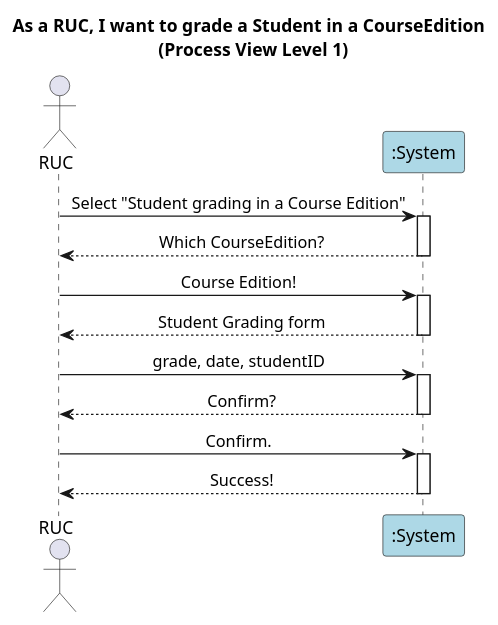
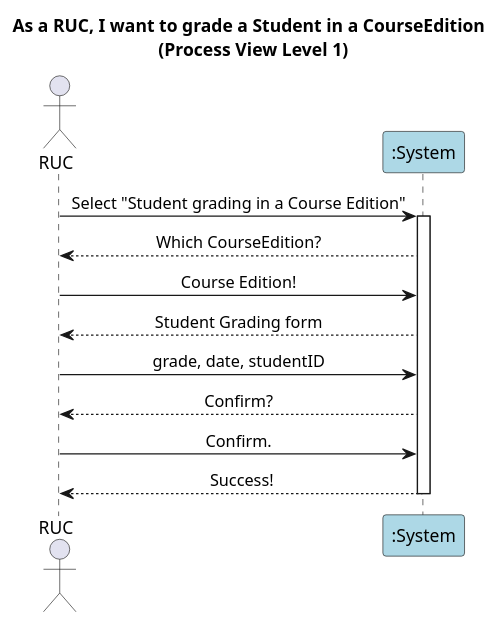
The diagram in docs/US22/REST_API/ProcessView/Level1.puml (GasparISEP/DevOps-PAI), drawn with PlantUML before and after one commit. The commit also changed 8 other files, not shown here.

Commit message:
Refs #560: Create simple level 1 ScenarioView UseCase diagram + alterations to ProcessView diagrams regarding C4 and 4+1 best practices

```diff
--- a/docs/US22/REST_API/ProcessView/Level1.puml
+++ b/docs/US22/REST_API/ProcessView/Level1.puml
@@ -1,26 +1,20 @@
 @startuml
 actor RUC
 skinparam sequencemessagealign center
 
 title As a RUC, I want to grade a Student in a CourseEdition \n (Process View Level 1)
 
 participant ":System" as System #lightblue
 
 RUC -> System  : Select "Student grading in a Course Edition"
 activate System
 System --> RUC  : Which CourseEdition?
-deactivate System
 RUC -> System : Course Edition!
-activate System
 System --> RUC : Student Grading form
-deactivate System
 RUC -> System : grade, date, studentID
-activate System
 System --> RUC : Confirm?
-deactivate System
 RUC -> System : Confirm.
-activate System
 System --> RUC : Success!
 deactivate System
 
 @enduml
```
